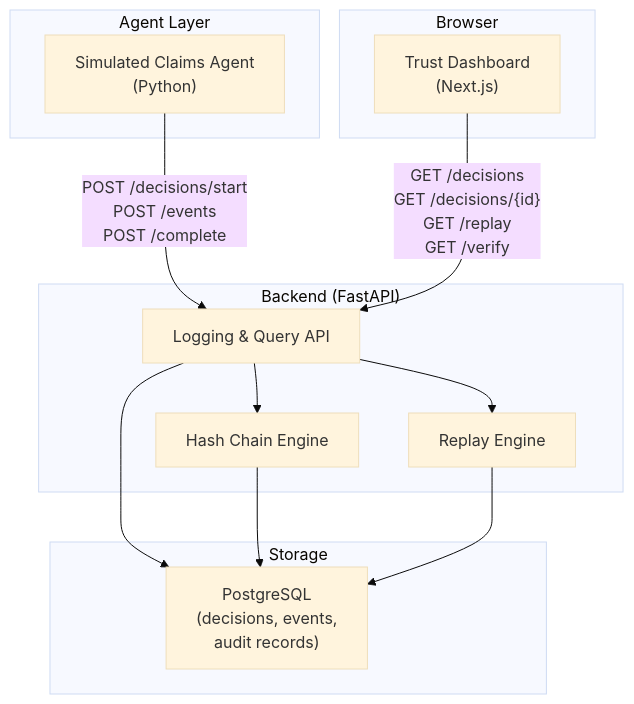
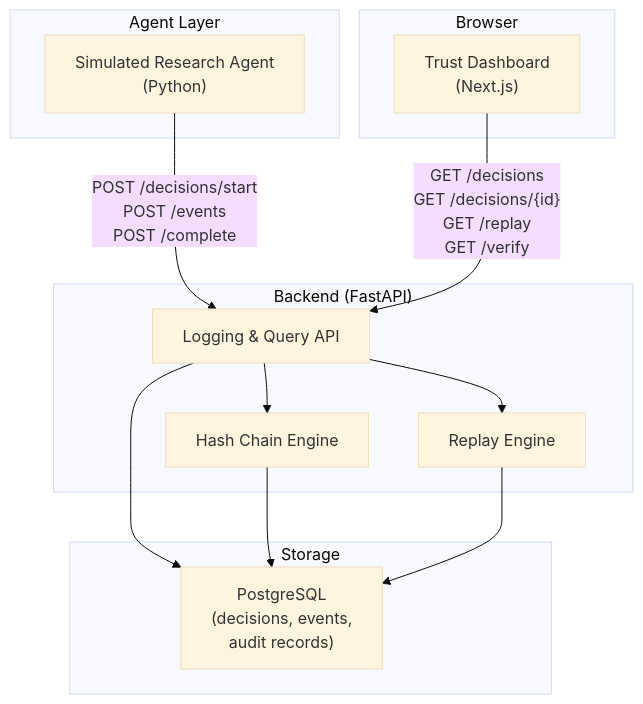
Before and after one commit to ApexYash11/TrustLedger: the diagram in docs/05_Tech_Stack_and_Architecture.md, drawn with Mermaid (base theme). The commit also changed other lines of this file and 25 other files, not shown here.

````diff
--- a/docs/05_Tech_Stack_and_Architecture.md
+++ b/docs/05_Tech_Stack_and_Architecture.md
@@ -99,28 +99,28 @@
 ```mermaid
 flowchart TB
     subgraph Client["Browser"]
         Dashboard["Trust Dashboard<br/>(Next.js)"]
     end
 
     subgraph Backend["Backend (FastAPI)"]
         API["Logging & Query API"]
         HashEngine["Hash Chain Engine"]
         ReplayEngine["Replay Engine"]
     end
 
     subgraph AgentLayer["Agent Layer"]
-        SimAgent["Simulated Claims Agent<br/>(Python)"]
+        SimAgent["Simulated Research Agent<br/>(Python)"]
     end
 
     subgraph Storage["Storage"]
         PG["PostgreSQL<br/>(decisions, events,<br/>audit records)"]
     end
 
     SimAgent -->|"POST /decisions/start<br/>POST /events<br/>POST /complete"| API
     Dashboard -->|"GET /decisions<br/>GET /decisions/{id}<br/>GET /replay<br/>GET /verify"| API
     API --> HashEngine
     API --> ReplayEngine
     API --> PG
     HashEngine --> PG
     ReplayEngine --> PG
 ```
````
